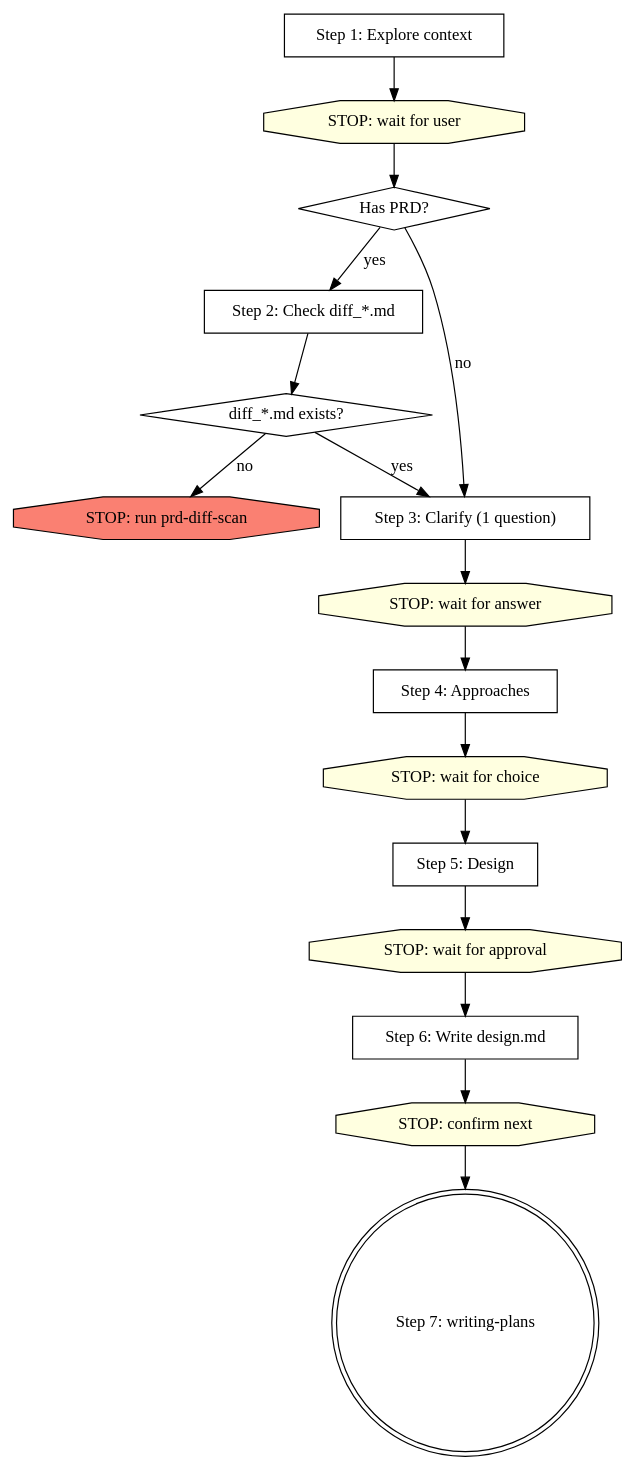
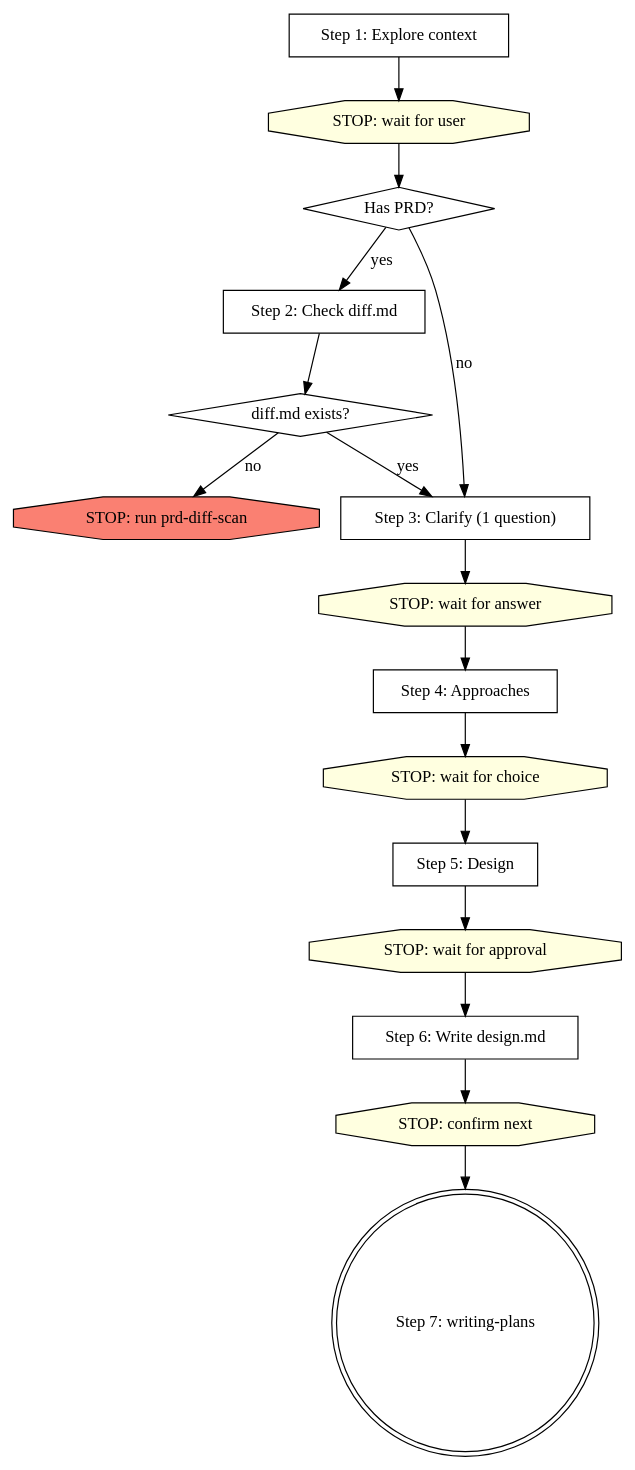
Before and after one commit to 786153747/superpowers: the diagram in skills/brainstorming/SKILL.md, drawn with Graphviz. The commit also changed other lines of this file and 25 other files, not shown here.

````diff
--- a/skills/brainstorming/SKILL.md
+++ b/skills/brainstorming/SKILL.md
@@ -339,35 +348,35 @@
 ```dot
 digraph brainstorming {
     "Step 1: Explore context" [shape=box];
     "STOP: wait for user" [shape=octagon style=filled fillcolor=lightyellow];
     "Has PRD?" [shape=diamond];
-    "Step 2: Check diff_*.md" [shape=box];
-    "diff_*.md exists?" [shape=diamond];
+    "Step 2: Check diff.md" [shape=box];
+    "diff.md exists?" [shape=diamond];
     "STOP: run prd-diff-scan" [shape=octagon style=filled fillcolor=salmon];
     "Step 3: Clarify (1 question)" [shape=box];
     "STOP: wait for answer" [shape=octagon style=filled fillcolor=lightyellow];
     "Step 4: Approaches" [shape=box];
     "STOP: wait for choice" [shape=octagon style=filled fillcolor=lightyellow];
     "Step 5: Design" [shape=box];
     "STOP: wait for approval" [shape=octagon style=filled fillcolor=lightyellow];
     "Step 6: Write design.md" [shape=box];
     "STOP: confirm next" [shape=octagon style=filled fillcolor=lightyellow];
     "Step 7: writing-plans" [shape=doublecircle];
 
     "Step 1: Explore context" -> "STOP: wait for user";
     "STOP: wait for user" -> "Has PRD?";
-    "Has PRD?" -> "Step 2: Check diff_*.md" [label="yes"];
+    "Has PRD?" -> "Step 2: Check diff.md" [label="yes"];
     "Has PRD?" -> "Step 3: Clarify (1 question)" [label="no"];
-    "Step 2: Check diff_*.md" -> "diff_*.md exists?";
-    "diff_*.md exists?" -> "Step 3: Clarify (1 question)" [label="yes"];
-    "diff_*.md exists?" -> "STOP: run prd-diff-scan" [label="no"];
+    "Step 2: Check diff.md" -> "diff.md exists?";
+    "diff.md exists?" -> "Step 3: Clarify (1 question)" [label="yes"];
+    "diff.md exists?" -> "STOP: run prd-diff-scan" [label="no"];
     "Step 3: Clarify (1 question)" -> "STOP: wait for answer";
     "STOP: wait for answer" -> "Step 4: Approaches";
     "Step 4: Approaches" -> "STOP: wait for choice";
     "STOP: wait for choice" -> "Step 5: Design";
     "Step 5: Design" -> "STOP: wait for approval";
     "STOP: wait for approval" -> "Step 6: Write design.md";
     "Step 6: Write design.md" -> "STOP: confirm next";
     "STOP: confirm next" -> "Step 7: writing-plans";
 }
 ```
````
